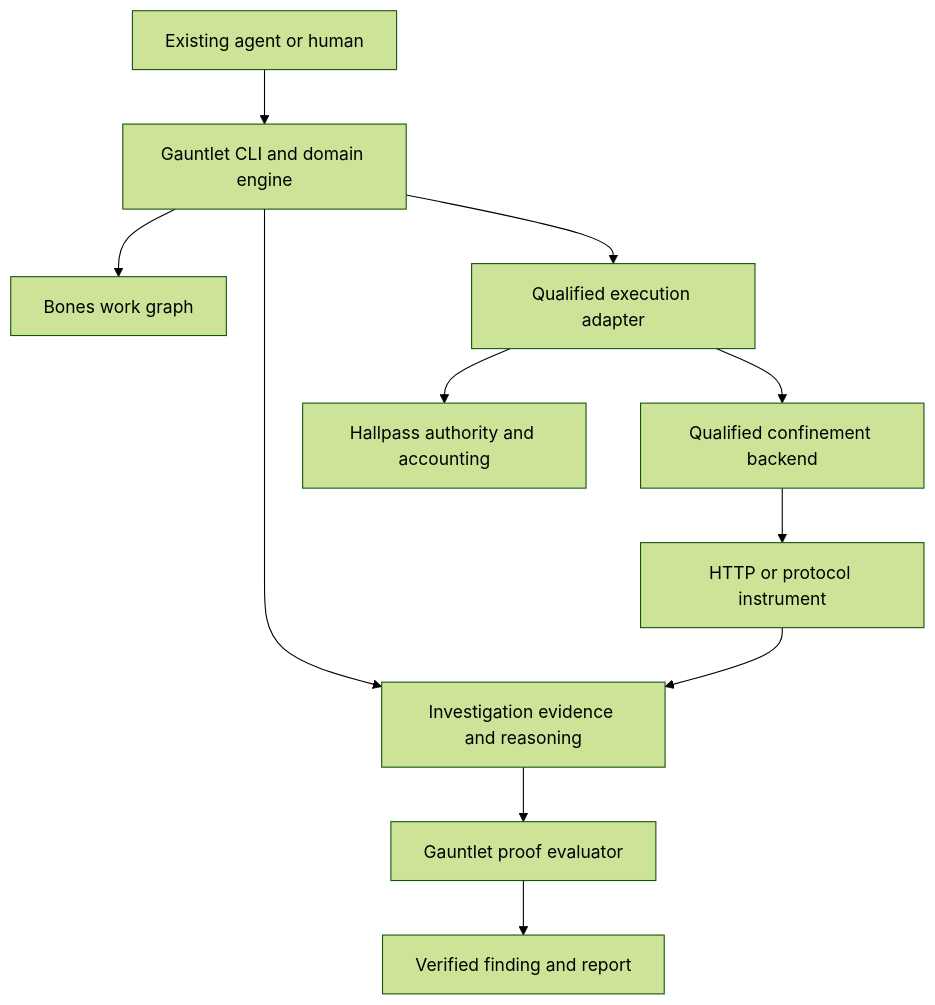
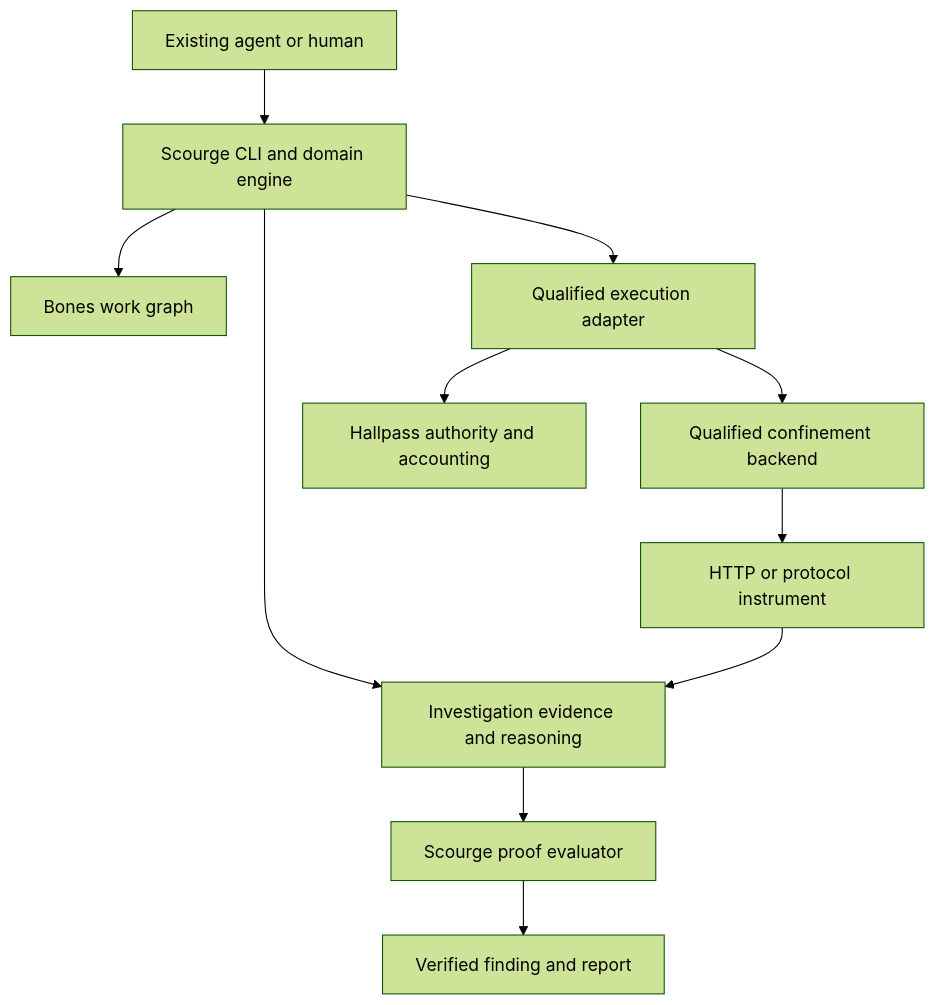
The first of 2 diagrams in notes/plan.rev1.md (bobisme/gauntlet), drawn with Mermaid (forest theme) before and after one commit. The commit also changed other lines of this file and 18 other files, not shown here.

````diff
--- a/notes/plan.rev1.md
+++ b/notes/plan.rev1.md
@@ -203,13 +203,13 @@
 ```mermaid
 flowchart TB
-  A["Existing agent or human"] --> G["Gauntlet CLI and domain engine"]
+  A["Existing agent or human"] --> G["Scourge CLI and domain engine"]
   G --> B["Bones work graph"]
   G --> I["Investigation evidence and reasoning"]
   G --> X["Qualified execution adapter"]
   X --> H["Hallpass authority and accounting"]
   X --> P["Qualified confinement backend"]
   P --> T["HTTP or protocol instrument"]
   T --> I
-  I --> V["Gauntlet proof evaluator"]
+  I --> V["Scourge proof evaluator"]
   V --> R["Verified finding and report"]
 ```
````
